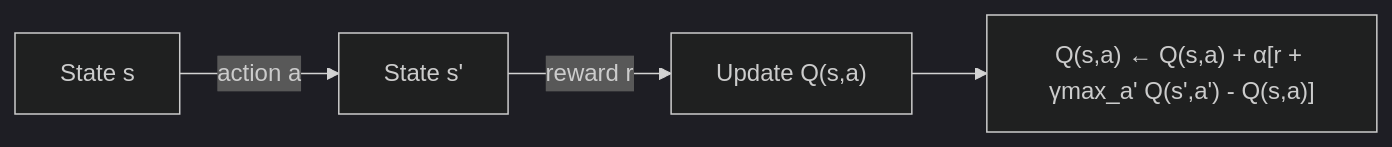
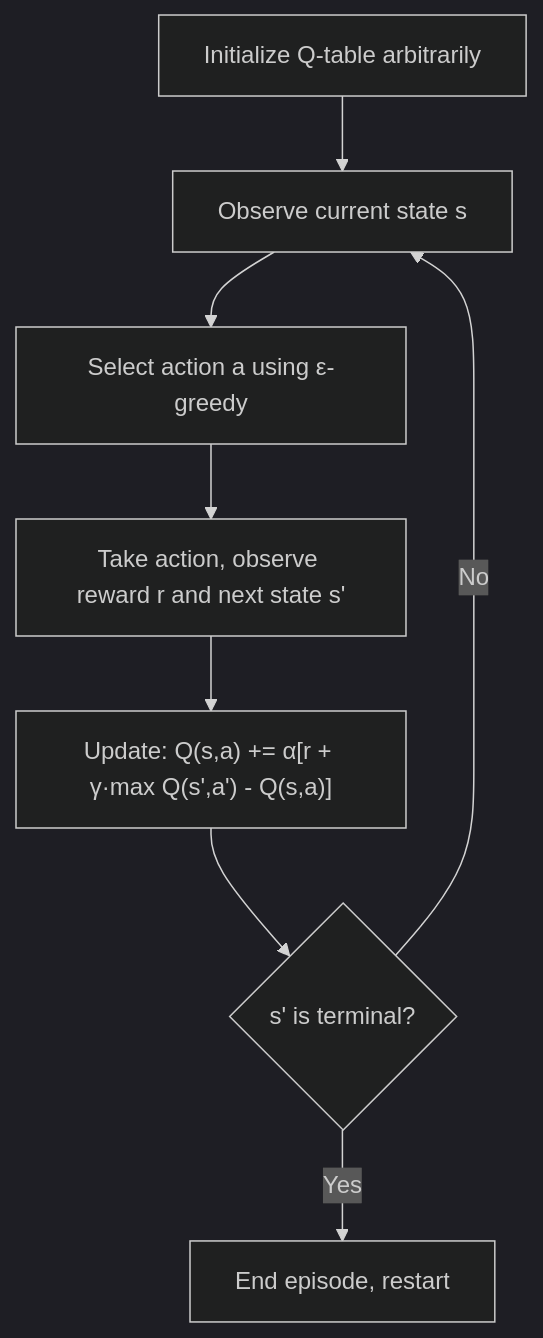
The first of 4 diagrams in src/ml/rl/q-learning.md (vanos001/placement_prep), drawn with Mermaid (dark theme) before and after one commit. The commit also changed other lines of this file and 13 other files, not shown here.

````diff
--- a/src/ml/rl/q-learning.md
+++ b/src/ml/rl/q-learning.md
@@ -21,6 +21,10 @@
 ```mermaid
-graph LR
-    S["State s"] -->|"action a"| S'["State s'"]
-    S' -->|"reward r"| UPDATE["Update Q(s,a)"]
-    UPDATE --> Q["Q(s,a) ← Q(s,a) + α[r + γmax_a' Q(s',a') - Q(s,a)]"]
+graph TD
+    A[Initialize Q-table arbitrarily] --> B[Observe current state s]
+    B --> C[Select action a using ε-greedy]
+    C --> D[Take action, observe reward r and next state s']
+    D --> E["Update: Q(s,a) += α[r + γ·max Q(s',a') - Q(s,a)]"]
+    E --> F{s' is terminal?}
+    F -->|No| B
+    F -->|Yes| G[End episode, restart]
 ```
````
